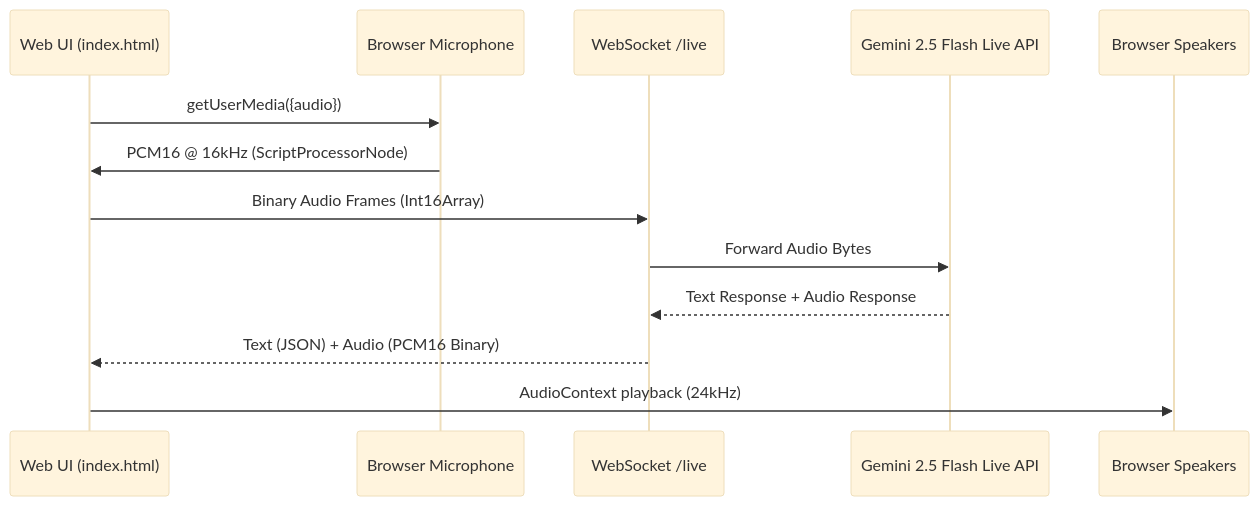
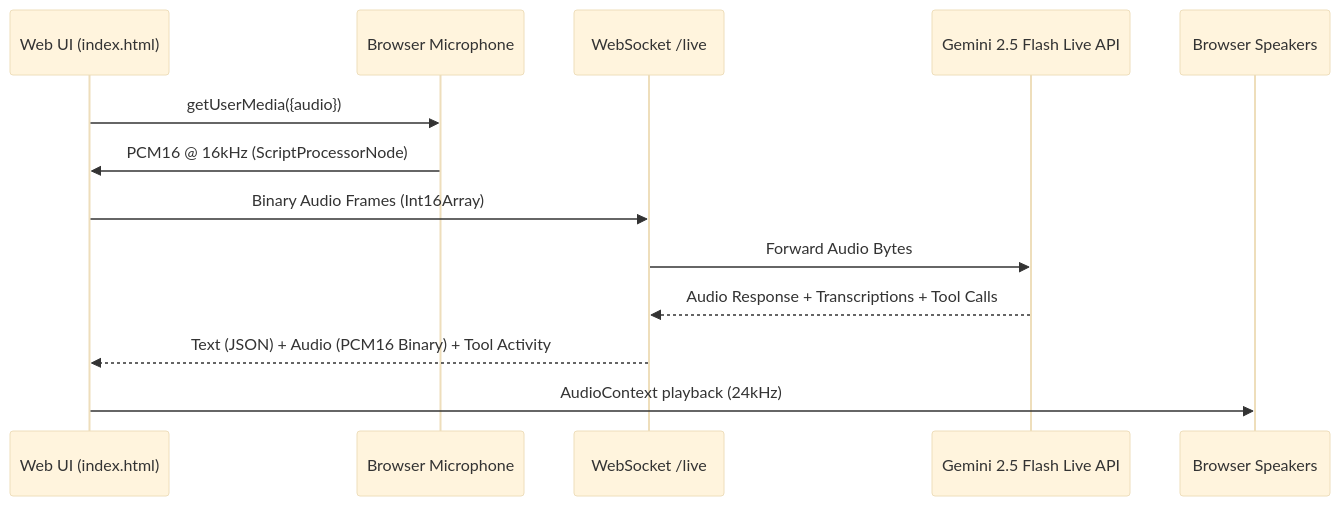
The fourth of 7 diagrams in docs/architecture/MULTIMODAL_WORKFLOWS.md (ithllc/FUSE), drawn with Mermaid (base theme) before and after one commit. The commit also changed other lines of this file and 4 other files, not shown here.

````diff
--- a/docs/architecture/MULTIMODAL_WORKFLOWS.md
+++ b/docs/architecture/MULTIMODAL_WORKFLOWS.md
@@ -69,16 +109,16 @@
 ```mermaid
 sequenceDiagram
     participant Browser as Web UI (index.html)
     participant Mic as Browser Microphone
     participant Server as WebSocket /live
     participant GeminiLive as Gemini 2.5 Flash Live API
     participant Speaker as Browser Speakers
 
     Browser->>Mic: getUserMedia({audio})
     Mic->>Browser: PCM16 @ 16kHz (ScriptProcessorNode)
     Browser->>Server: Binary Audio Frames (Int16Array)
     Server->>GeminiLive: Forward Audio Bytes
-    GeminiLive-->>Server: Text Response + Audio Response
-    Server-->>Browser: Text (JSON) + Audio (PCM16 Binary)
+    GeminiLive-->>Server: Audio Response + Transcriptions + Tool Calls
+    Server-->>Browser: Text (JSON) + Audio (PCM16 Binary) + Tool Activity
     Browser->>Speaker: AudioContext playback (24kHz)
 ```
````
